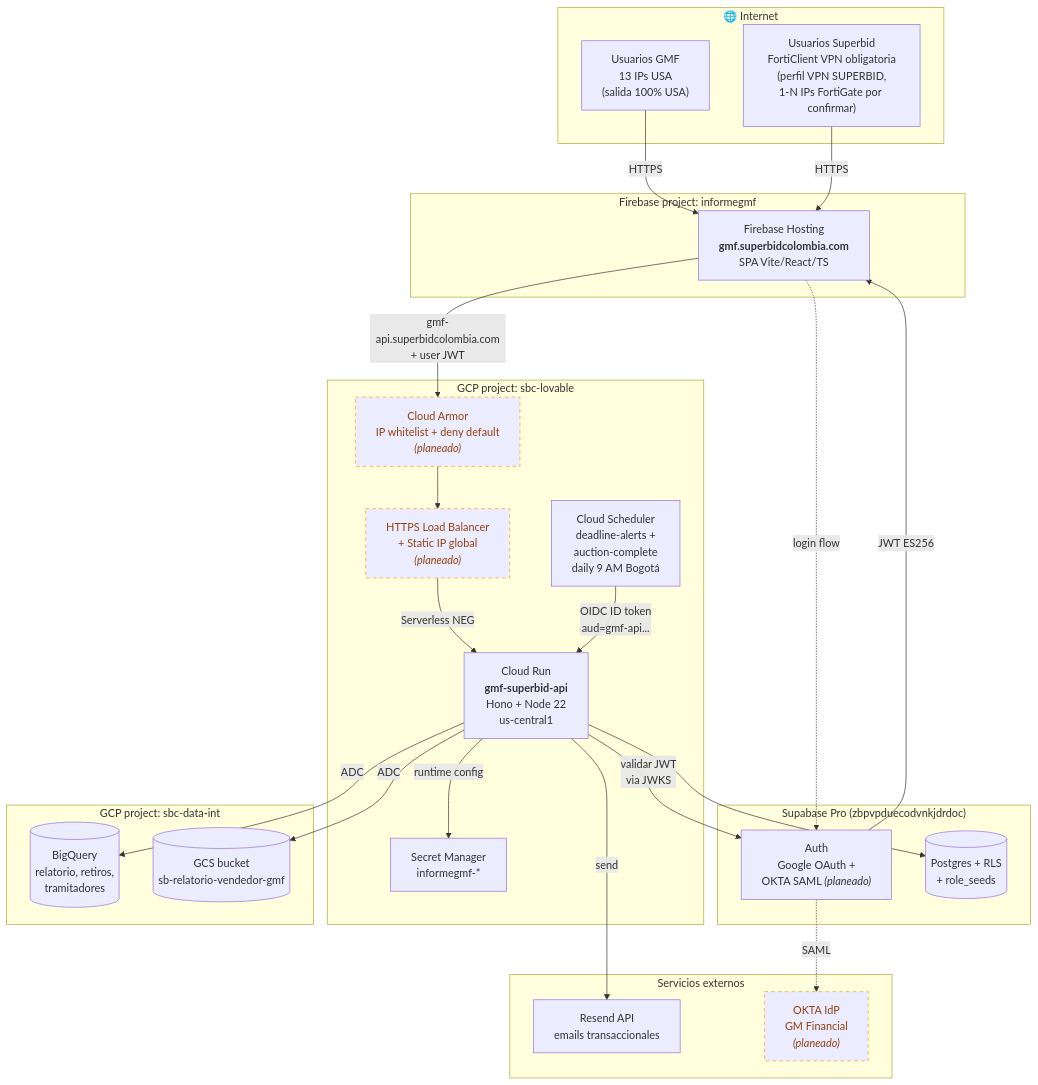
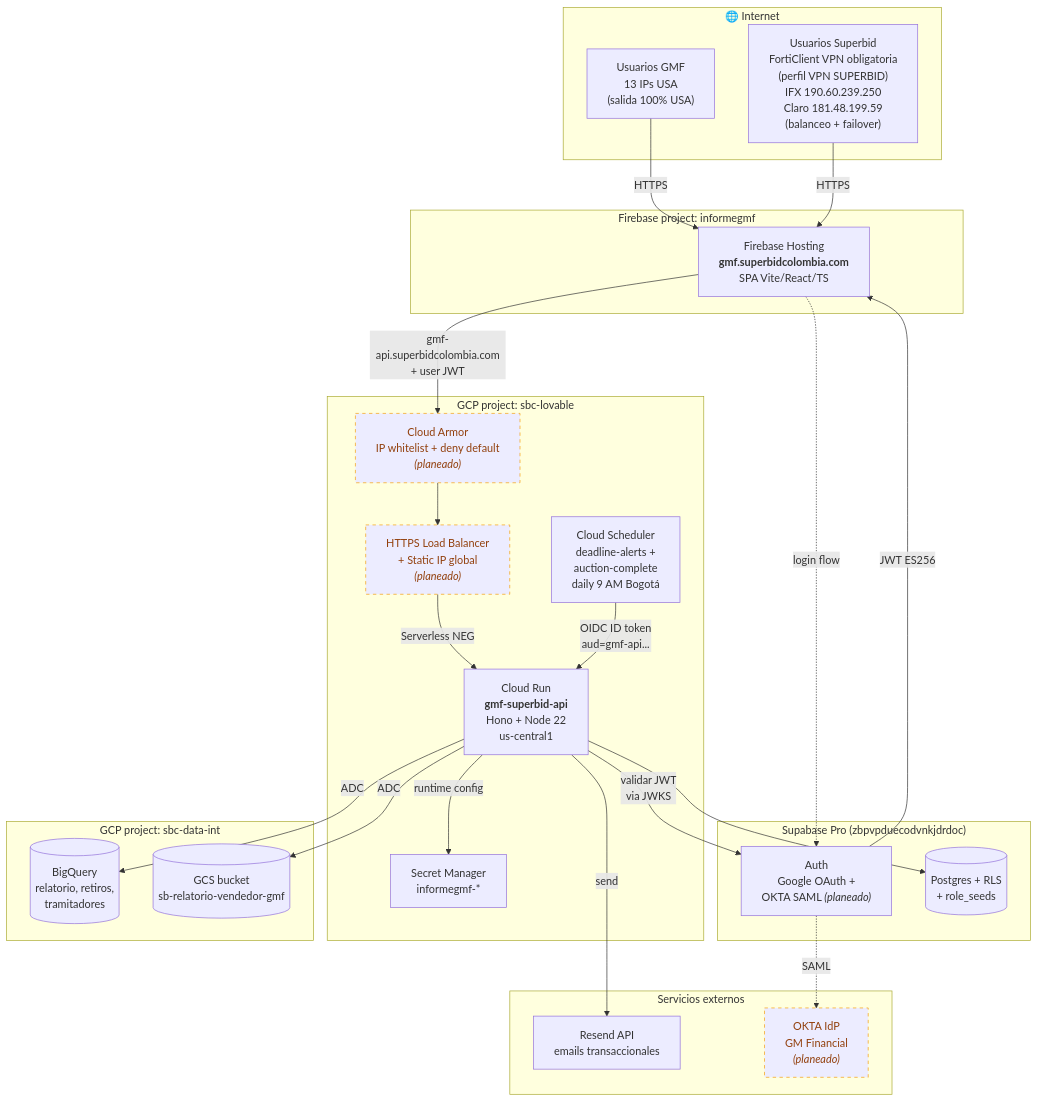
One commit to sb-dataops/informegmf changed the first of 4 diagrams in docs/arquitectura.md. Above: the diagram before and after it, drawn with Mermaid. The commit also changed other lines of this file and 5 other files, not shown here.

First line of the commit message:
docs: IPs whitelist Superbid confirmadas por IT (IFX + Claro)

````diff
--- a/docs/arquitectura.md
+++ b/docs/arquitectura.md
@@ -11,56 +11,56 @@
 ```mermaid
 flowchart TB
     subgraph internet["🌐 Internet"]
         userGMF["Usuarios GMF<br/>13 IPs USA<br/>(salida 100% USA)"]
-        userSB["Usuarios Superbid<br/>FortiClient VPN obligatoria<br/>(perfil VPN SUPERBID,<br/>1-N IPs FortiGate por confirmar)"]
+        userSB["Usuarios Superbid<br/>FortiClient VPN obligatoria<br/>(perfil VPN SUPERBID)<br/>IFX 190.60.239.250<br/>Claro 181.48.199.59<br/>(balanceo + failover)"]
     end
 
     subgraph fb["Firebase project: informegmf"]
         fh["Firebase Hosting<br/><b>gmf.superbidcolombia.com</b><br/>SPA Vite/React/TS"]
     end
 
     subgraph gcp_lov["GCP project: sbc-lovable"]
         ca["Cloud Armor<br/>IP whitelist + deny default<br/><i>(planeado)</i>"]
         lb["HTTPS Load Balancer<br/>+ Static IP global<br/><i>(planeado)</i>"]
         cr["Cloud Run<br/><b>gmf-superbid-api</b><br/>Hono + Node 22<br/>us-central1"]
         sm["Secret Manager<br/>informegmf-*"]
         sched["Cloud Scheduler<br/>deadline-alerts +<br/>auction-complete<br/>daily 9 AM Bogotá"]
     end
 
     subgraph supa["Supabase Pro (zbpvpduecodvnkjdrdoc)"]
         sauth["Auth<br/>Google OAuth +<br/>OKTA SAML <i>(planeado)</i>"]
         sdb[("Postgres + RLS<br/>+ role_seeds")]
     end
 
     subgraph gcp_data["GCP project: sbc-data-int"]
         bq[("BigQuery<br/>relatorio, retiros,<br/>tramitadores")]
         gcs[("GCS bucket<br/>sb-relatorio-vendedor-gmf")]
     end
 
     subgraph external["Servicios externos"]
         resend["Resend API<br/>emails transaccionales"]
         okta["OKTA IdP<br/>GM Financial<br/><i>(planeado)</i>"]
     end
 
     userGMF -->|HTTPS| fh
     userSB -->|HTTPS| fh
     fh -->|"gmf-api.superbidcolombia.com<br/>+ user JWT"| ca
     ca --> lb
     lb -->|Serverless NEG| cr
 
     fh -.->|login flow| sauth
     sauth -.->|SAML| okta
     sauth -->|JWT ES256| fh
 
     cr -->|validar JWT<br/>via JWKS| sauth
     cr --> sdb
     cr -->|ADC| bq
     cr -->|ADC| gcs
     cr -->|runtime config| sm
     cr -->|send| resend
 
     sched -->|OIDC ID token<br/>aud=gmf-api...| cr
 
     classDef planned stroke-dasharray:5 5,stroke:#f59e0b,color:#92400e
     class ca,lb,okta planned
 ```
````
